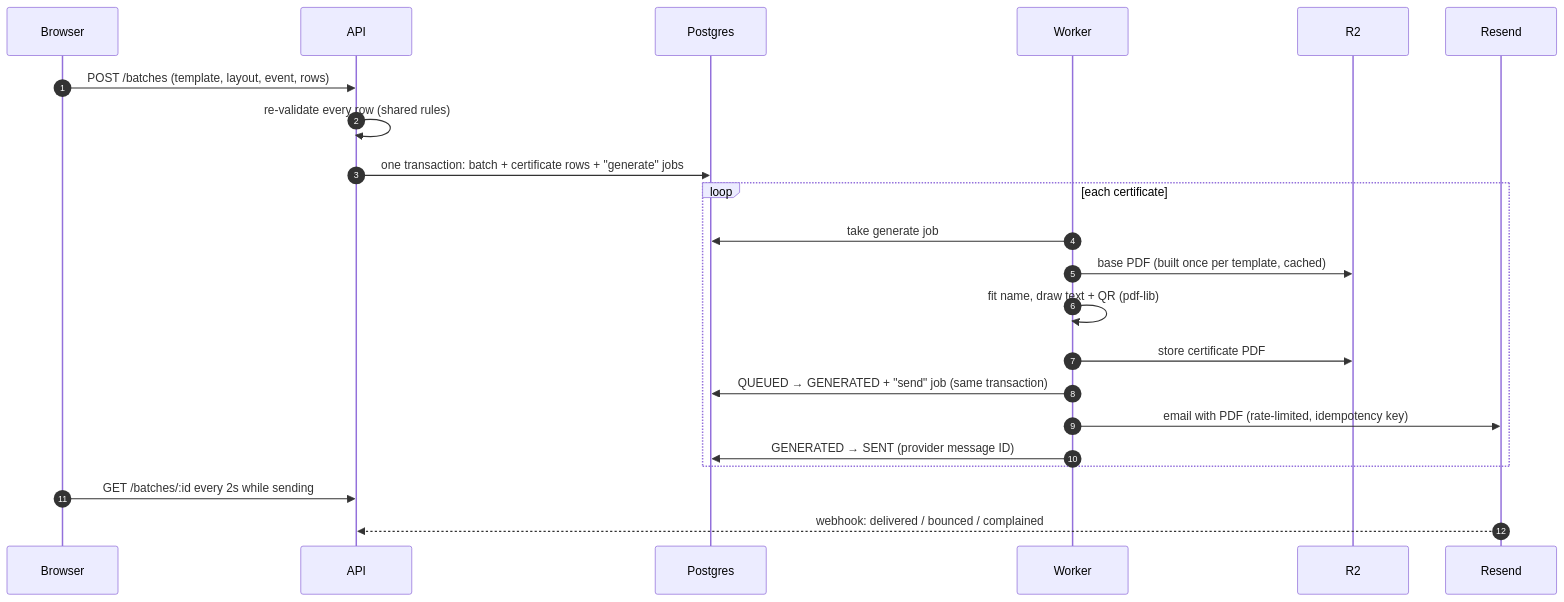
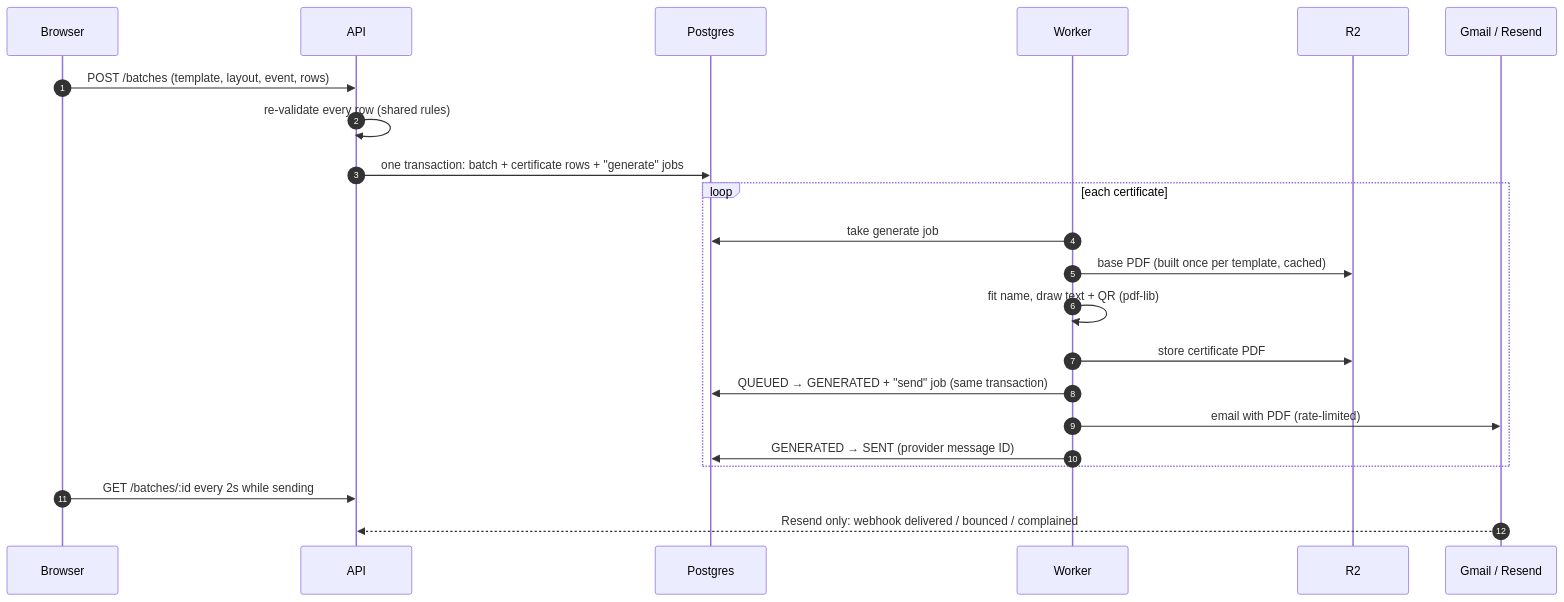
Before and after one commit to Osmium-hacked/CertDrop: the second of 2 diagrams in README.md, drawn with Mermaid. The commit also changed other lines of this file and 20 other files, not shown here.

````diff
--- a/README.md
+++ b/README.md
@@ -57,25 +63,25 @@
 ```mermaid
 sequenceDiagram
     autonumber
     participant B as Browser
     participant A as API
     participant DB as Postgres
     participant W as Worker
     participant S as R2
-    participant E as Resend
+    participant E as Gmail / Resend
 
     B->>A: POST /batches (template, layout, event, rows)
     A->>A: re-validate every row (shared rules)
     A->>DB: one transaction: batch + certificate rows + "generate" jobs
     loop each certificate
         W->>DB: take generate job
         W->>S: base PDF (built once per template, cached)
         W->>W: fit name, draw text + QR (pdf-lib)
         W->>S: store certificate PDF
         W->>DB: QUEUED → GENERATED + "send" job (same transaction)
-        W->>E: email with PDF (rate-limited, idempotency key)
+        W->>E: email with PDF (rate-limited)
         W->>DB: GENERATED → SENT (provider message ID)
     end
     B->>A: GET /batches/:id every 2s while sending
-    E-->>A: webhook: delivered / bounced / complained
+    E-->>A: Resend only: webhook delivered / bounced / complained
 ```
````
